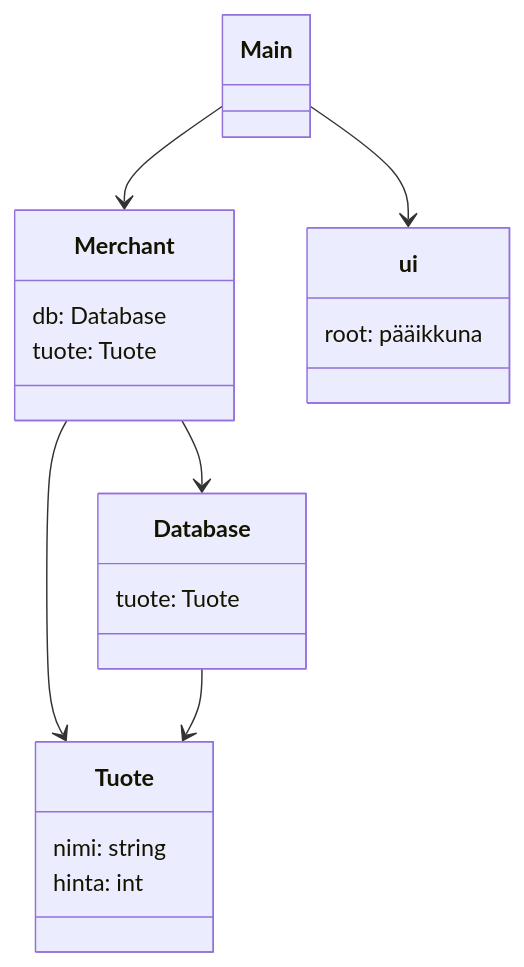
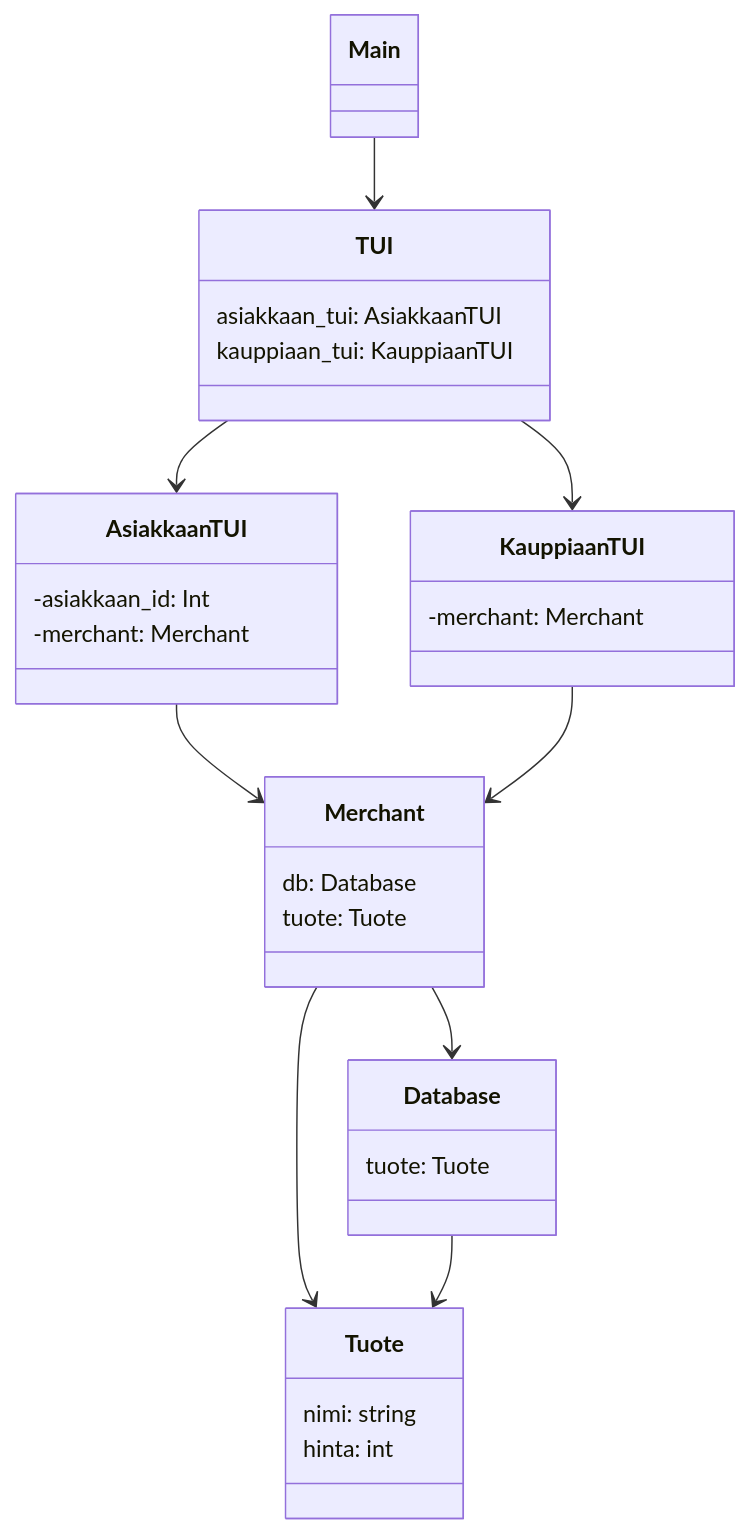
One commit to Yahimoh/ot-harjoitustyo changed the first of 2 diagrams in Dokumentaatio/arkkitehtuuri.md. Above: the diagram before and after it, drawn with Mermaid. The commit also changed other lines of this file, not shown here.

Commit message:
Arkkitehtuurikuvaus päivitetty

````diff
--- a/Dokumentaatio/arkkitehtuuri.md
+++ b/Dokumentaatio/arkkitehtuuri.md
@@ -7,33 +7,48 @@
 ```mermaid
  classDiagram
  
-      Main --> Merchant
-      Main --> ui
+      Main --> TUI
  
       Merchant --> Database
       Merchant --> Tuote
  
       Database --> Tuote
       
+      TUI --> AsiakkaanTUI
+      TUI --> KauppiaanTUI
+      
+      AsiakkaanTUI --> Merchant
+      KauppiaanTUI --> Merchant
+      
       class Main{
       
       }
       
-      class ui{
-      root: pääikkuna
+      class AsiakkaanTUI {
+      -asiakkaan_id: Int
+      -merchant: Merchant
+      }
+      
+      class KauppiaanTUI {
+      -merchant: Merchant
+      }
+      
+      class TUI{
+      asiakkaan_tui: AsiakkaanTUI
+      kauppiaan_tui: KauppiaanTUI
       }
       
       class Merchant{
       db: Database
       tuote: Tuote
       }
       
       class Database{
       tuote: Tuote
       }
       
       class Tuote {
       nimi: string
       hinta: int
       }  
 ```
````
